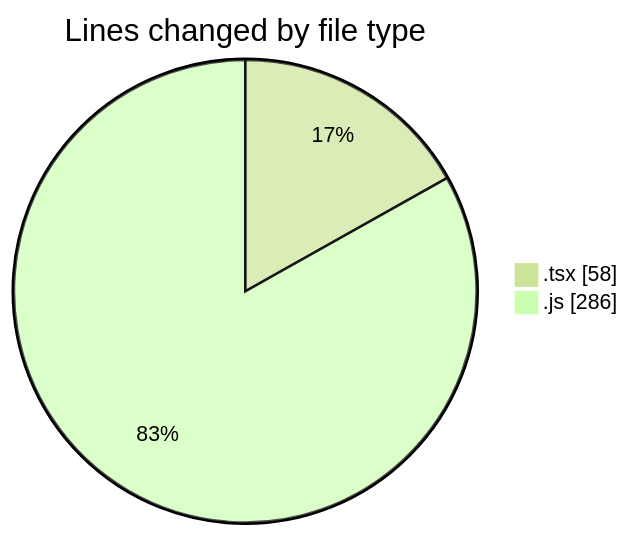
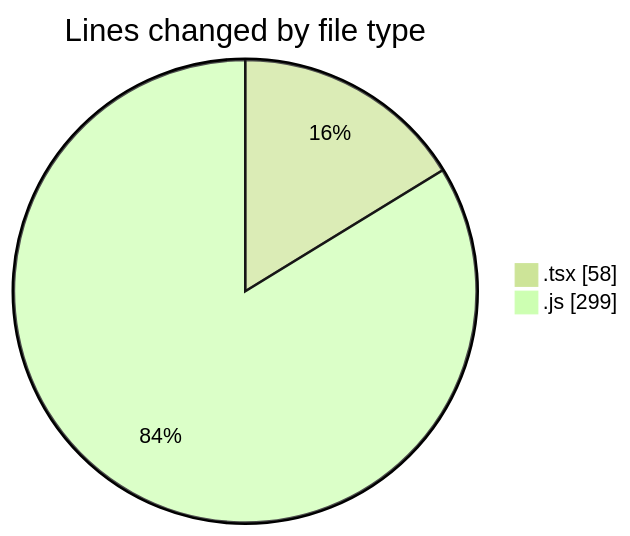
Before and after one commit to momahboobian/code-tracking: the first of 2 diagrams in 2025-03-07/cda/README.md, drawn with Mermaid (forest theme). The commit also changed other lines of this file and 1 other file, not shown here.

````diff
--- a/2025-03-07/cda/README.md
+++ b/2025-03-07/cda/README.md
@@ -22,6 +22,6 @@
 ```mermaid
 pie showData
 title Lines changed by file type
 ".tsx" : 58
-".js" : 286
+".js" : 299
 ```
````
